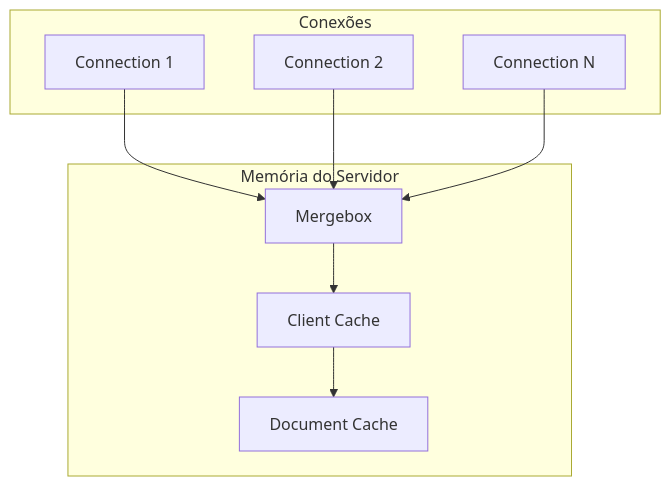
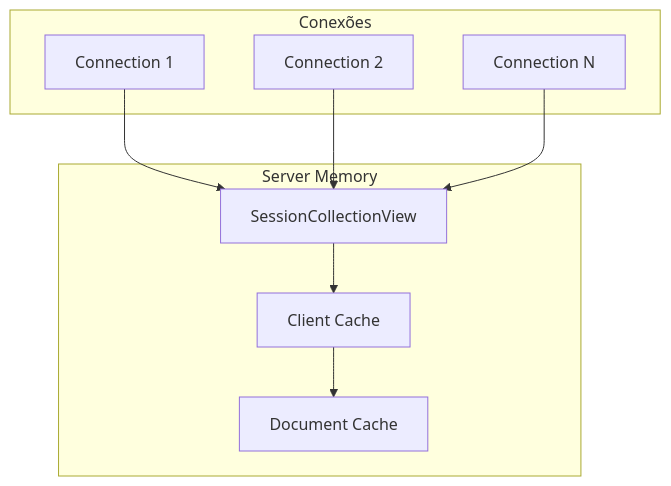
One commit to italojs/ddp-blog-post changed diagram 13 of 15 in readme.md. Above: the diagram before and after it, drawn with Mermaid. The commit also changed other lines of this file, not shown here.

````diff
--- a/readme.md
+++ b/readme.md
@@ -963,21 +1856,21 @@
 ```mermaid
 graph TB
-    subgraph "Memória do Servidor"
-        Mergebox[Mergebox]
+    subgraph "Server Memory"
+        SessionCollectionView[SessionCollectionView]
         ClientCache[Client Cache]
         DocumentCache[Document Cache]
     end
     
     subgraph "Conexões"
         Connection1[Connection 1]
         Connection2[Connection 2]
         ConnectionN[Connection N]
     end
     
-    Mergebox --> ClientCache
+    SessionCollectionView --> ClientCache
     ClientCache --> DocumentCache
     
-    Connection1 --> Mergebox
-    Connection2 --> Mergebox
-    ConnectionN --> Mergebox
+    Connection1 --> SessionCollectionView
+    Connection2 --> SessionCollectionView
+    ConnectionN --> SessionCollectionView
 ```
````
